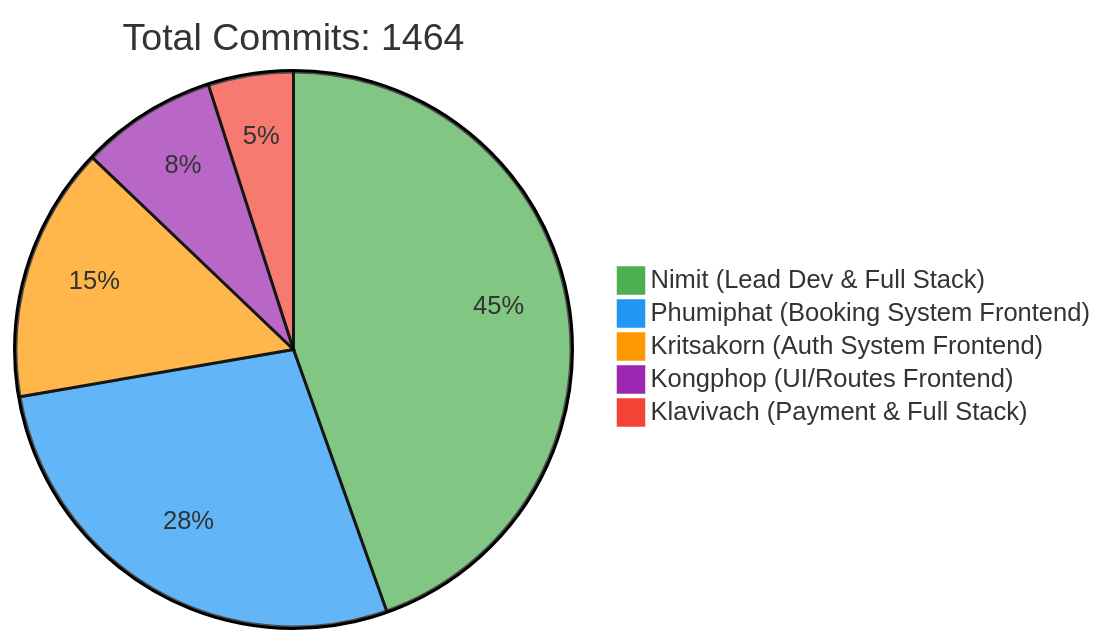
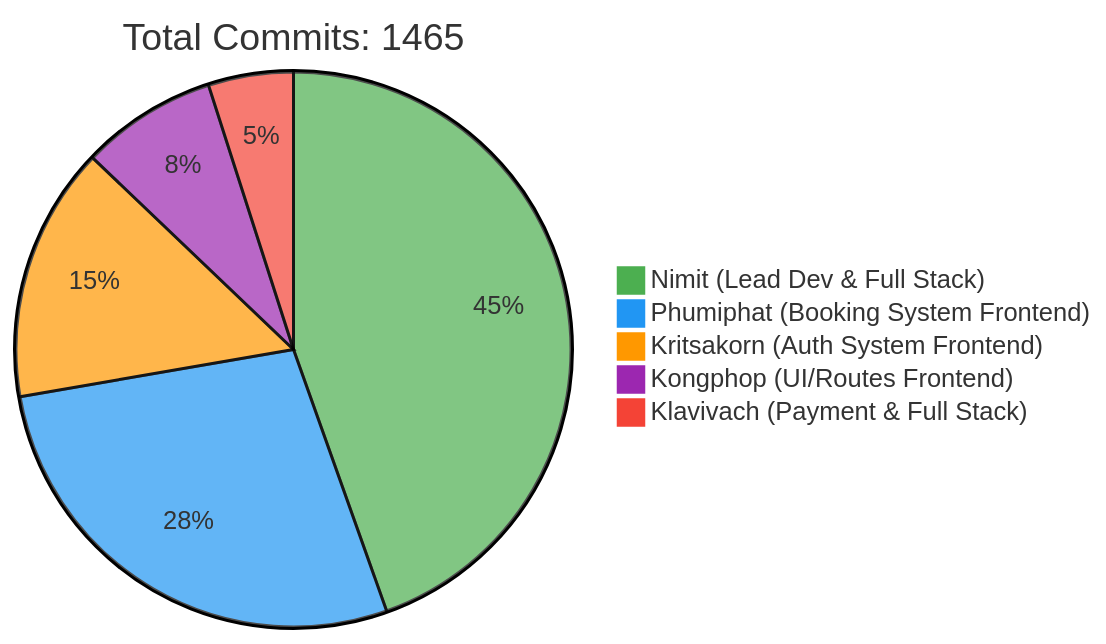
The first of 2 diagrams in README.md (6531503042/Sport-Complex), drawn with Mermaid before and after one commit. The commit also changed other lines of this file, not shown here.

Commit message:
docs: Update contributor statistics [skip ci]

````diff
--- a/README.md
+++ b/README.md
@@ -257,10 +257,10 @@
 ```mermaid
 %%{init: {'theme': 'base', 'themeVariables': { 'pie1': '#4CAF50', 'pie2': '#2196F3', 'pie3': '#FF9800', 'pie4': '#9C27B0', 'pie5': '#F44336'}}}%%
 pie
-    title Total Commits: 1464
+    title Total Commits: 1465
     "Nimit (Lead Dev & Full Stack)" : 450
     "Phumiphat (Booking System Frontend)" : 280
     "Kritsakorn (Auth System Frontend)" : 150
     "Kongphop (UI/Routes Frontend)" : 80
     "Klavivach (Payment & Full Stack)" : 50
 ```
````
